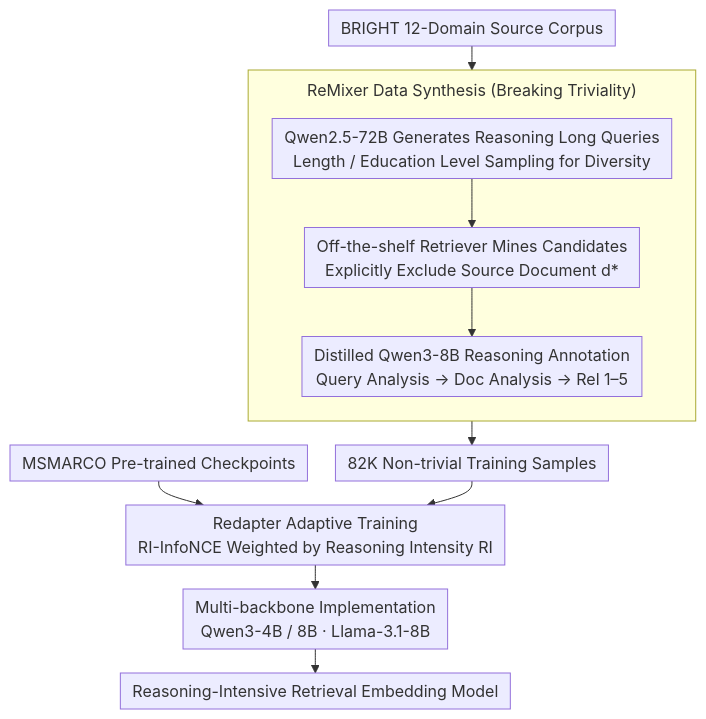
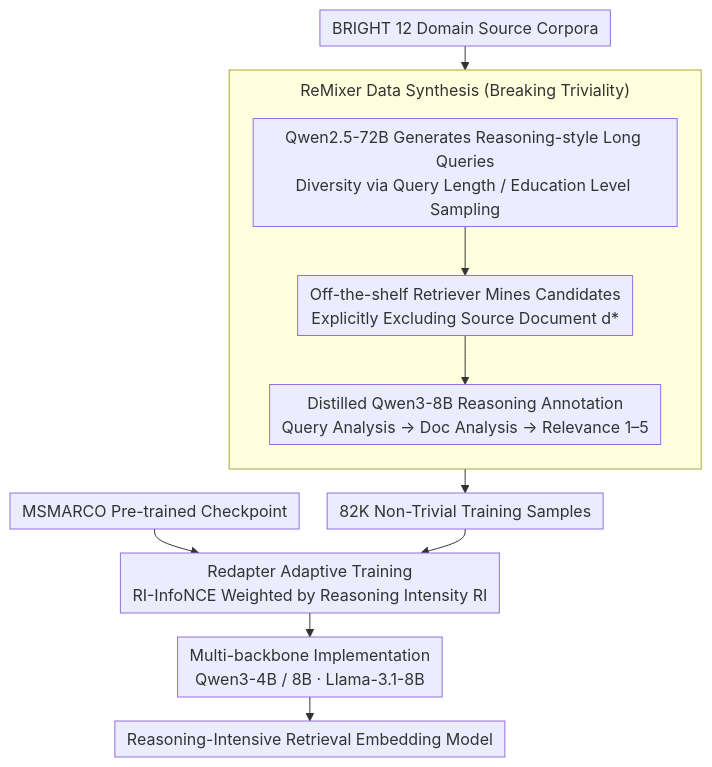
Before and after one commit to zhaoyang97/Paper-Notes-en: the diagram in docs/ACL2026/information_retrieval/reasonembed_enhanced_text_embeddings_for_reasoning-intensive_document_retrieval.md, drawn with Mermaid. The commit also changed other lines of this file and 5084 other files, not shown here.

````diff
--- a/docs/ACL2026/information_retrieval/reasonembed_enhanced_text_embeddings_for_reasoning-intensive_document_retrieval.md
+++ b/docs/ACL2026/information_retrieval/reasonembed_enhanced_text_embeddings_for_reasoning-intensive_document_retrieval.md
@@ -44,15 +44,15 @@
 ```mermaid
 %%{init: {'flowchart': {'rankSpacing': 24, 'nodeSpacing': 28, 'padding': 6, 'wrappingWidth': 400, 'subGraphTitleMargin': {'top': 8, 'bottom': 16}}}}%%
 flowchart TD
-    A["BRIGHT 12-Domain Source Corpus"] --> S1
+    A["BRIGHT 12 Domain Source Corpora"] --> S1
     subgraph S1["ReMixer Data Synthesis (Breaking Triviality)"]
         direction TB
-        B["Qwen2.5-72B Generates Reasoning Long Queries<br/>Length / Education Level Sampling for Diversity"] --> C["Off-the-shelf Retriever Mines Candidates<br/>Explicitly Exclude Source Document d*"]
-        C --> D["Distilled Qwen3-8B Reasoning Annotation<br/>Query Analysis → Doc Analysis → Rel 1–5"]
+        B["Qwen2.5-72B Generates Reasoning-style Long Queries<br/>Diversity via Query Length / Education Level Sampling"] --> C["Off-the-shelf Retriever Mines Candidates<br/>Explicitly Excluding Source Document d*"]
+        C --> D["Distilled Qwen3-8B Reasoning Annotation<br/>Query Analysis → Doc Analysis → Relevance 1–5"]
     end
-    S1 --> E["82K Non-trivial Training Samples"]
-    G["MSMARCO Pre-trained Checkpoints"] --> F
+    S1 --> E["82K Non-Trivial Training Samples"]
+    G["MSMARCO Pre-trained Checkpoint"] --> F
     E --> F["Redapter Adaptive Training<br/>RI-InfoNCE Weighted by Reasoning Intensity RI"]
     F --> H["Multi-backbone Implementation<br/>Qwen3-4B / 8B · Llama-3.1-8B"]
     H --> I["Reasoning-Intensive Retrieval Embedding Model"]
 ```
````
